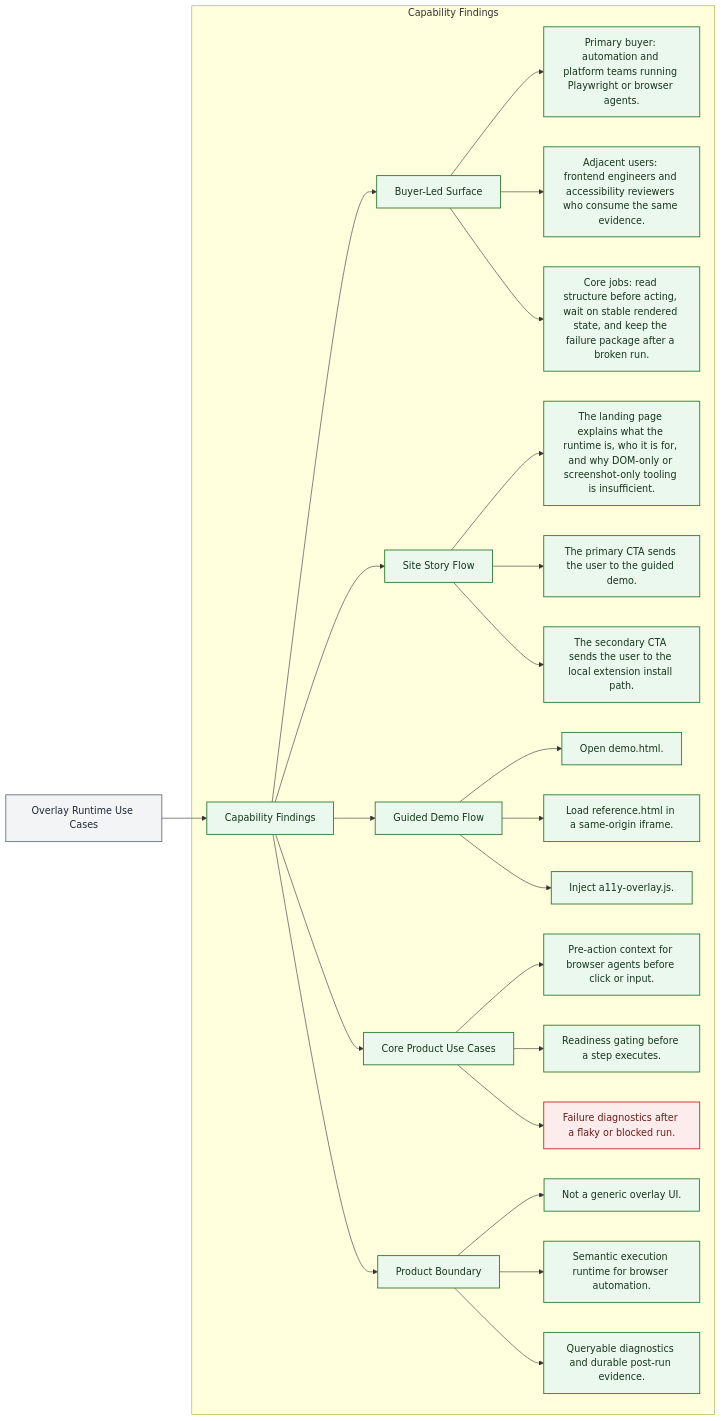
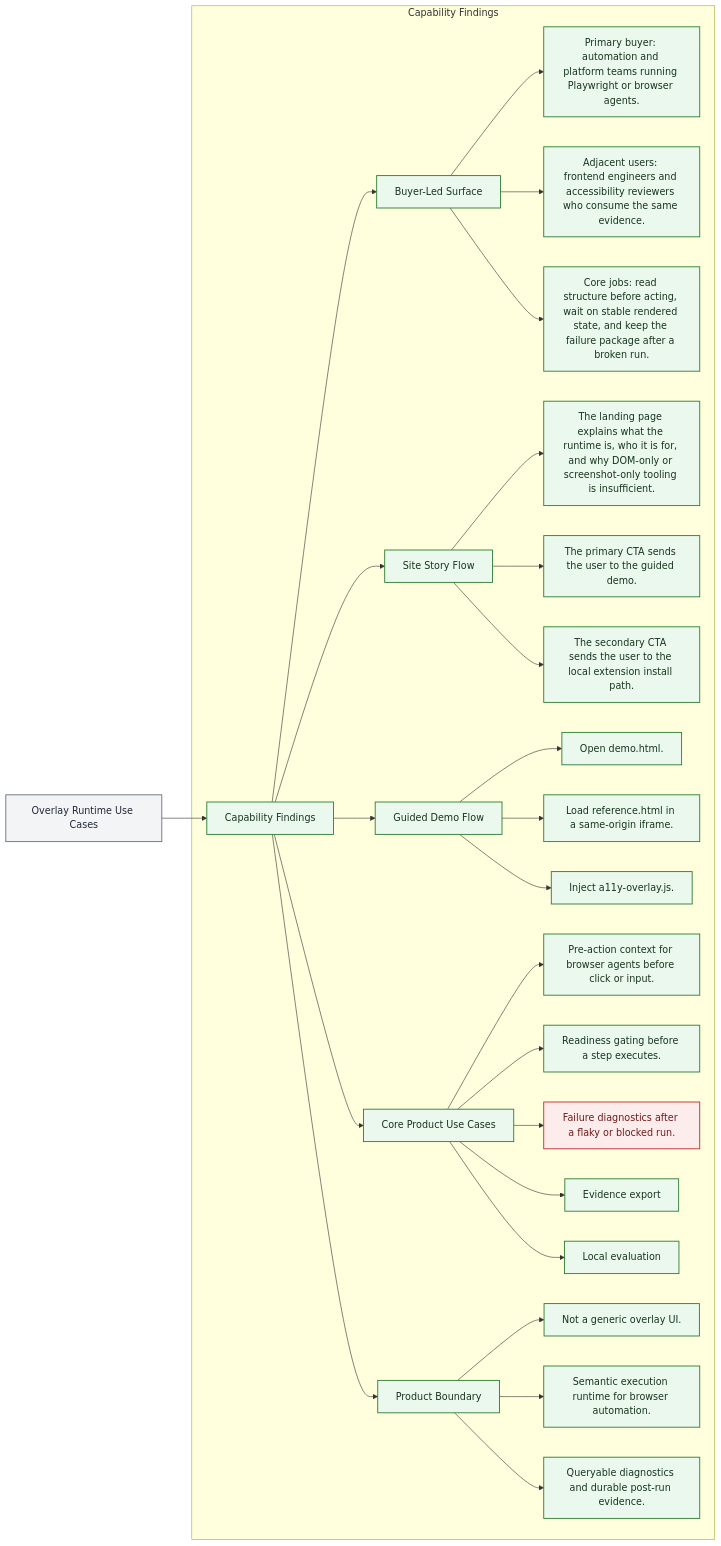
The diagram in docs/use-cases-excalidraw.mmd (ranvier2d2/a11y-overlay), drawn with Mermaid before and after one commit. The commit also changed 94 other files, not shown here.

```diff
--- a/docs/use-cases-excalidraw.mmd
+++ b/docs/use-cases-excalidraw.mmd
@@ -1,56 +1,60 @@
 flowchart LR
   N1["Overlay Runtime Use Cases"]
   subgraph SG_FINDINGS["Capability Findings"]
     N2["Capability Findings"]
     N3["Buyer-Led Surface"]
     N4["Primary buyer: automation and platform teams running Playwright or browser agents."]
     N5["Adjacent users: frontend engineers and accessibility reviewers who consume the same evidence."]
     N6["Core jobs: read structure before acting, wait on stable rendered state, and keep the failure package after a broken run."]
     N7["Site Story Flow"]
     N8["The landing page explains what the runtime is, who it is for, and why DOM-only or screenshot-only tooling is insufficient."]
     N9["The primary CTA sends the user to the guided demo."]
     N10["The secondary CTA sends the user to the local extension install path."]
     N11["Guided Demo Flow"]
     N12["Open demo.html."]
     N13["Load reference.html in a same-origin iframe."]
     N14["Inject a11y-overlay.js."]
     N15["Core Product Use Cases"]
     N16["Pre-action context for browser agents before click or input."]
     N17["Readiness gating before a step executes."]
     N18["Failure diagnostics after a flaky or blocked run."]
+    N23["Evidence export"]
+    N24["Local evaluation"]
     N19["Product Boundary"]
     N20["Not a generic overlay UI."]
     N21["Semantic execution runtime for browser automation."]
     N22["Queryable diagnostics and durable post-run evidence."]
   end
   N1 --> N2
   N2 --> N3
   N3 --> N4
   N3 --> N5
   N3 --> N6
   N2 --> N7
   N7 --> N8
   N7 --> N9
   N7 --> N10
   N2 --> N11
   N11 --> N12
   N11 --> N13
   N11 --> N14
   N2 --> N15
   N15 --> N16
   N15 --> N17
   N15 --> N18
+  N15 --> N23
+  N15 --> N24
   N2 --> N19
   N19 --> N20
   N19 --> N21
   N19 --> N22
 
   classDef source fill:#E8F0FF,stroke:#3159B8,stroke-width:1.5px,color:#132B63;
   classDef finding fill:#EAF8EE,stroke:#2E7D32,stroke-width:1.5px,color:#17351D;
   classDef decision fill:#FFF4E5,stroke:#B76E00,stroke-width:1.5px,color:#5A3A00;
   classDef action fill:#F1EDFF,stroke:#5B4BC4,stroke-width:1.5px,color:#2B245E;
   classDef risk fill:#FDECEC,stroke:#C62828,stroke-width:1.5px,color:#6D1B1B;
   classDef neutral fill:#F3F4F6,stroke:#6B7280,stroke-width:1.5px,color:#1F2937;
-  class N2,N3,N4,N5,N6,N7,N8,N9,N10,N11,N12,N13,N14,N15,N16,N17,N19,N20,N21,N22 finding;
+  class N2,N3,N4,N5,N6,N7,N8,N9,N10,N11,N12,N13,N14,N15,N16,N17,N19,N20,N21,N22,N23,N24 finding;
   class N18 risk;
   class N1 neutral;
```
